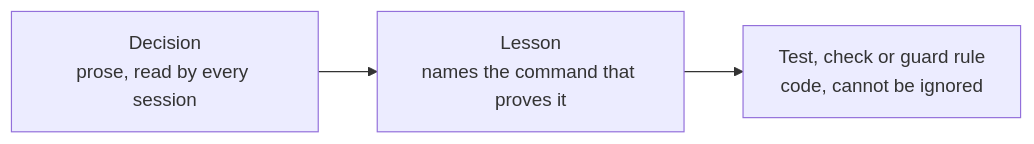
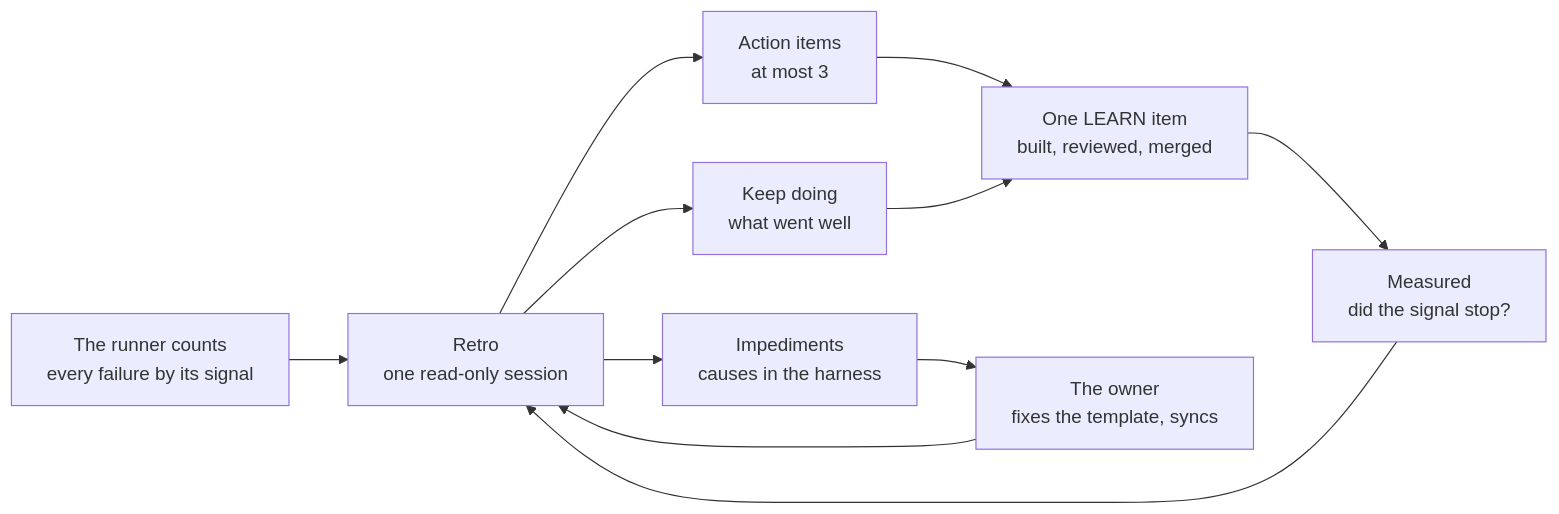
The diagram in loop/README.md (yungxramoz/real-gates), drawn with Mermaid before and after one commit. The commit also changed other lines of this file and 9 other files, not shown here.

First line of the commit message:
docs: how the loop learns, and what the owner does with an impediment

````diff
--- a/loop/README.md
+++ b/loop/README.md
@@ -314,4 +316,13 @@
 ```mermaid
 flowchart LR
-  d["Decision<br/>prose, read by every session"] --> l["Lesson<br/>names the command that proves it"] --> g["Test, check or guard rule<br/>code, cannot be ignored"]
+  count["The runner counts<br/>every failure by its signal"] --> retro["Retro<br/>one read-only session"]
+  retro --> keep["Keep doing<br/>what went well"]
+  retro --> act["Action items<br/>at most 3"]
+  retro --> imp["Impediments<br/>causes in the harness"]
+  act --> learn["One LEARN item<br/>built, reviewed, merged"]
+  keep --> learn
+  learn --> measure["Measured<br/>did the signal stop?"]
+  measure --> retro
+  imp --> owner["The owner<br/>fixes the template, syncs"]
+  owner --> retro
 ```
````
